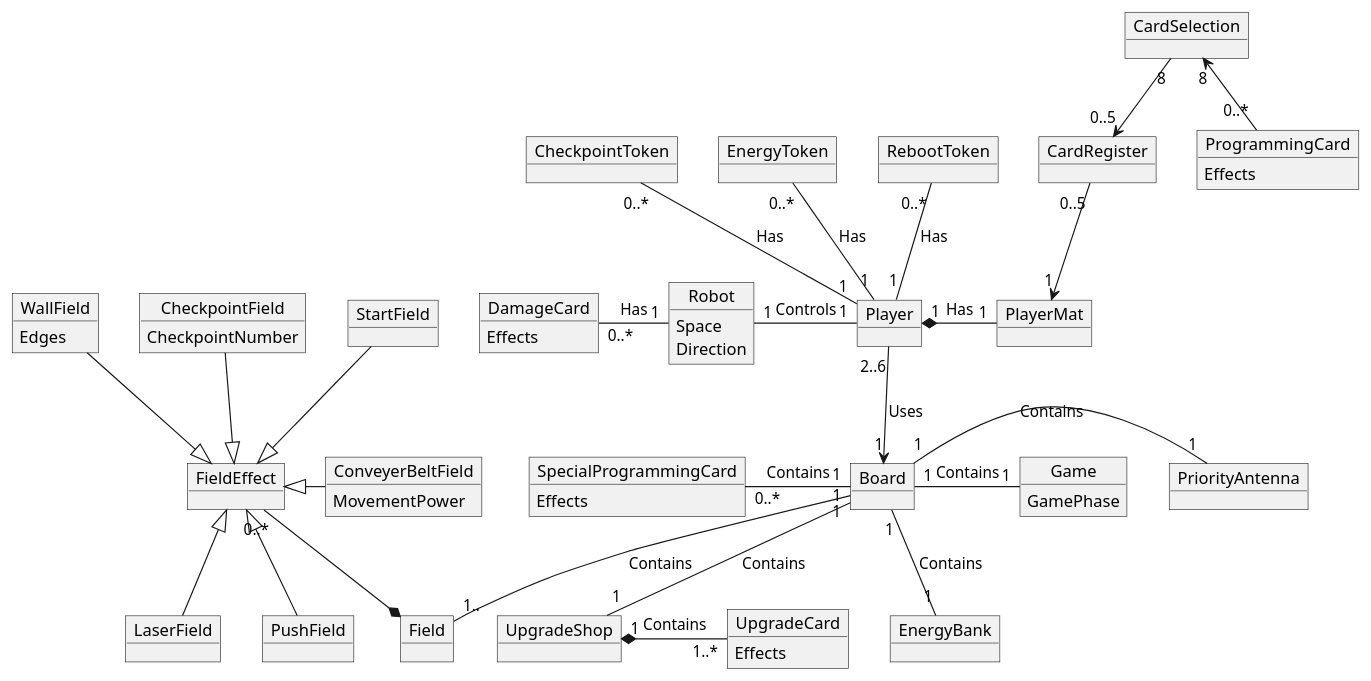
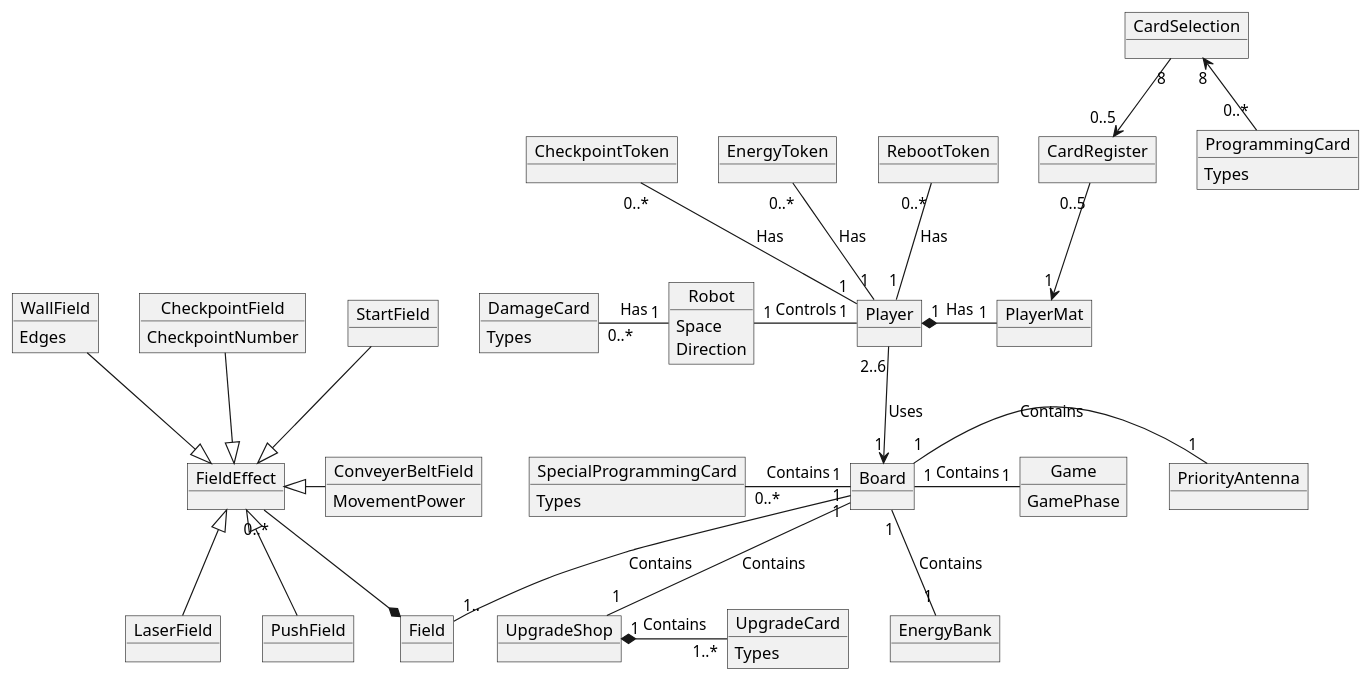
Before and after one commit to SiGoldbach/roborally: the diagram in 02324-f22-master-e1f89f504da192119e73ae0ea99f3085281965a4/RoboRally/roborally-1.1.0-java17/roborally/Models/Domain.puml, drawn with PlantUML.

Commit message:
Updates to DomainModel. Arrows need to be fixed around CardSelection.

```diff
--- a/02324-f22-master-e1f89f504da192119e73ae0ea99f3085281965a4/RoboRally/roborally-1.1.0-java17/roborally/Models/Domain.puml
+++ b/02324-f22-master-e1f89f504da192119e73ae0ea99f3085281965a4/RoboRally/roborally-1.1.0-java17/roborally/Models/Domain.puml
@@ -1,83 +1,83 @@
 @startuml
 'https://plantuml.com/sequence-diagram
 Object Game{
 GamePhase
 }
 Object Board
 Object Field
 Object FieldEffect
 Object LaserField
 Object ConveyerBeltField{
 MovementPower
 }
 Object WallField{
 Edges
 }
 Object CheckpointField{
 CheckpointNumber
 }
 Object StartField
 Object PushField
 Object Player
 Object Robot {
 Space
 Direction
 }
 Object ProgrammingCard{
-Effects
+Types
 }
 Object CardRegister
 Object CardSelection
 Object SpecialProgrammingCard{
-Effects
+Types
 }
 Object DamageCard{
-Effects
+Types
 }
 Object UpgradeCard{
-Effects
+Types
 }
 Object CheckpointToken
 Object EnergyToken
 Object PriorityAntenna
 Object RebootToken
 Object UpgradeShop
 Object PlayerMat
 Object EnergyBank
 
 
 FieldEffect "0..*" --* Field
 Field"1.." --u "1"Board:Contains
 PriorityAntenna "1"--l "1" Board:Contains
 EnergyBank"1"--u"1"Board:Contains
 UpgradeShop"1"--u"1"Board:Contains
 SpecialProgrammingCard"0..*"--r"1"Board:Contains
 
 Robot"1"-r"1"Player:Controls
 PlayerMat"1" --l* "1"Player:Has
 EnergyToken"0..*" --d "1"Player:Has
 RebootToken"0..*"--d"1"Player:Has
 CheckpointToken"0..*"--d"1"Player:Has
 Game"1"--l"1"Board:Contains
 
 
 DamageCard "0..*" ---r "1" Robot:Has
 
 ProgrammingCard "0..*" --u> "8" CardSelection
 CardSelection "8" --> "0..5" CardRegister
 CardRegister "0..5" --> "1" PlayerMat
 
 
 Player"2..6"--d>"1"Board:Uses
 
 StartField--d|>FieldEffect
 WallField--d|>FieldEffect
 CheckpointField--d|>FieldEffect
 LaserField--u|>FieldEffect
 ConveyerBeltField--l|>FieldEffect
 PushField--u|>FieldEffect
 
 UpgradeCard"1..*"-l*"1"UpgradeShop:Contains
 
 
 @enduml
```
